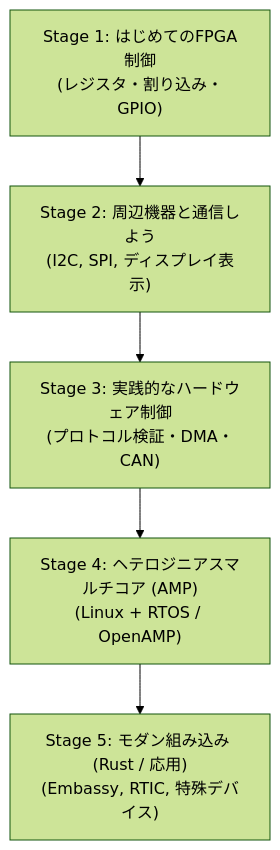
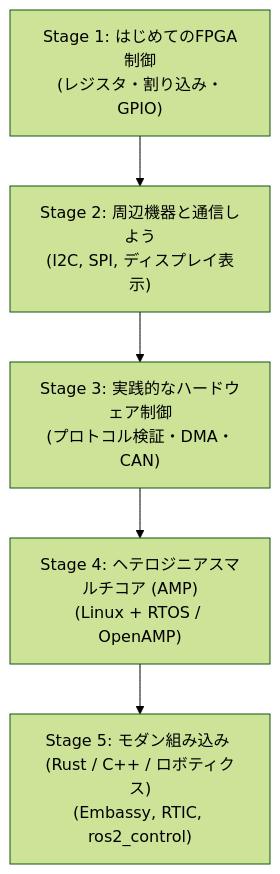
Before and after one commit to sirosiro/FPGA-BoardlessBench: the diagram in docs/architecture/AddInfo_Learning_Roadmap.md, drawn with Mermaid (forest theme). The commit also changed other lines of this file and 15 other files, not shown here.

First line of the commit message:
feat(scenarios): add Scenario 22 for ros2_control UIO hardware verification

````diff
--- a/docs/architecture/AddInfo_Learning_Roadmap.md
+++ b/docs/architecture/AddInfo_Learning_Roadmap.md
@@ -7,10 +7,10 @@
 ```mermaid
 flowchart TD
     S1["Stage 1: はじめてのFPGA制御\n(レジスタ・割り込み・GPIO)"]
     S2["Stage 2: 周辺機器と通信しよう\n(I2C, SPI, ディスプレイ表示)"]
     S3["Stage 3: 実践的なハードウェア制御\n(プロトコル検証・DMA・CAN)"]
     S4["Stage 4: ヘテロジニアスマルチコア (AMP)\n(Linux + RTOS / OpenAMP)"]
-    S5["Stage 5: モダン組み込み (Rust / 応用)\n(Embassy, RTIC, 特殊デバイス)"]
+    S5["Stage 5: モダン組み込み (Rust / C++ / ロボティクス)\n(Embassy, RTIC, ros2_control)"]
 
     S1 --> S2 --> S3 --> S4 --> S5
 ```
````
